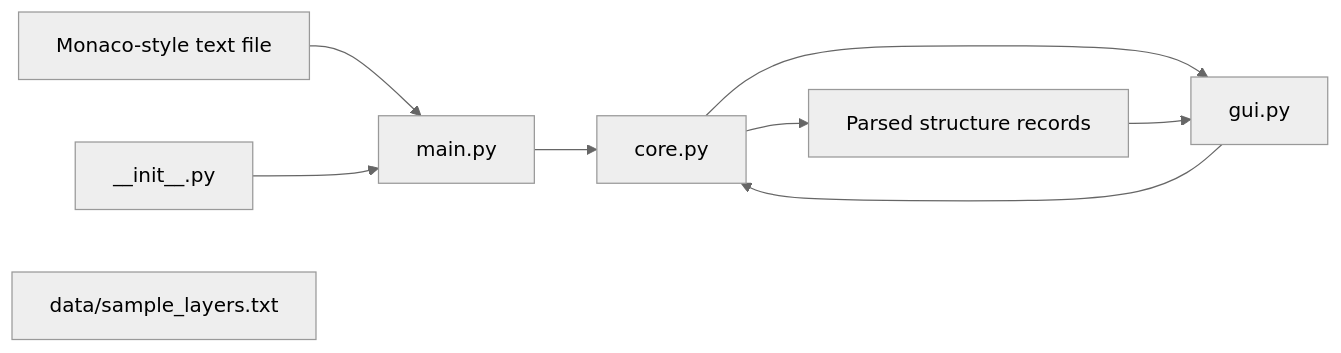
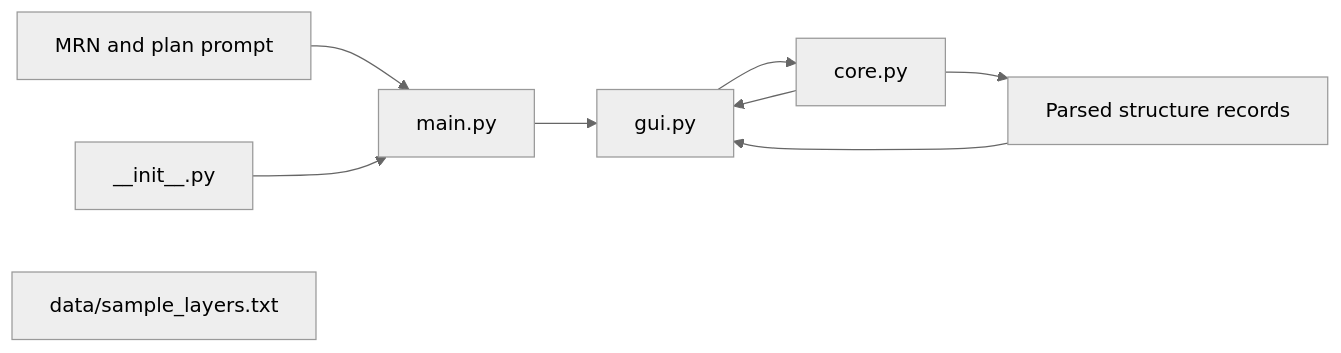
One commit to DunirkDynamo/MonacoLayerShuffler changed the diagram in PACKAGE_ARCHITECTURE.md. Above: the diagram before and after it, drawn with Mermaid (neutral theme). The commit also changed other lines of this file and 7 other files, not shown here.

````diff
--- a/PACKAGE_ARCHITECTURE.md
+++ b/PACKAGE_ARCHITECTURE.md
@@ -7,11 +7,11 @@
 ```mermaid
 flowchart LR
-    Input[Monaco-style text file] --> Main[main.py]
-    Main --> Core[core.py]
-    Core --> GUI[gui.py]
-    GUI --> Core
+    Input[MRN and plan prompt] --> Main[main.py]
+    Main --> GUI[gui.py]
+    GUI --> Core[core.py]
+    Core --> GUI
     Core --> Data[Parsed structure records]
     Data --> GUI
     Init[__init__.py] --> Main
     Samples[data/sample_layers.txt]
 ```
````
